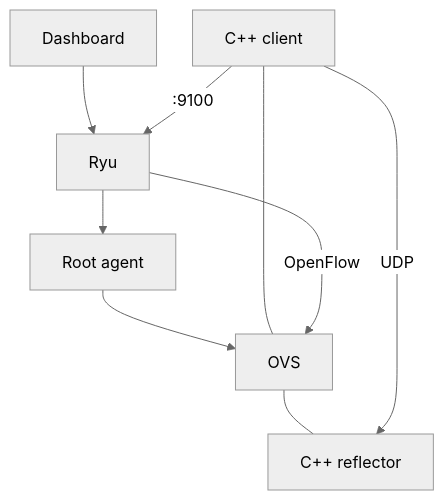
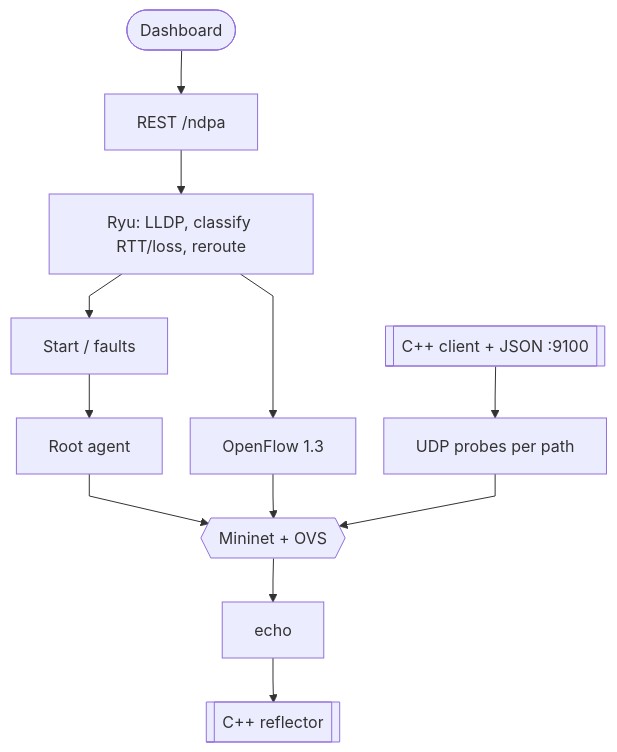
One commit to LonelyGuy-SE1/network-diagnostic-and-path-analysis changed the diagram in README.md. Above: the diagram before and after it, drawn with Mermaid. The commit also changed other lines of this file, not shown here.

Commit message:
Rewrite the architecture mermaid for GitHub: protocols as nodes, no edge chips.
REST, Start/faults, OpenFlow, and UDP probes sit in padded boxes so GitHub does not render unpadded highlights, and the chart shows classify/reroute plus the probe path.

````diff
--- a/README.md
+++ b/README.md
@@ -44,18 +44,21 @@
 ```mermaid
-%%{init: {"theme": "neutral", "flowchart": {"padding": 16, "nodeSpacing": 36, "rankSpacing": 44}}}%%
+%%{init: {"flowchart": {"htmlLabels": true, "padding": 16, "nodeSpacing": 28, "rankSpacing": 44, "curve": "linear"}}}%%
 flowchart TB
-    D[Dashboard]
-    R[Ryu]
-    A[Root agent]
-    C[C++ client]
-    S[OVS]
-    F[C++ reflector]
-    D --> R
-    R --> A
-    A --> S
-    C --- S
-    S --- F
-    C -->|UDP| F
-    C -->|:9100| R
-    R -->|OpenFlow| S
+    D([Dashboard])
+    REST[REST /ndpa]
+    RYU[Ryu: LLDP, classify RTT/loss, reroute]
+    ST[Start / faults]
+    AG[Root agent]
+    OF[OpenFlow 1.3]
+    MN{{Mininet + OVS}}
+    UDP[UDP probes per path]
+    CL[[C++ client + JSON :9100]]
+    ECHO[echo]
+    RF[[C++ reflector]]
+
+    D --> REST --> RYU
+    RYU --> ST --> AG --> MN
+    RYU --> OF --> MN
+    CL --> UDP --> MN
+    MN --> ECHO --> RF
 ```
````
